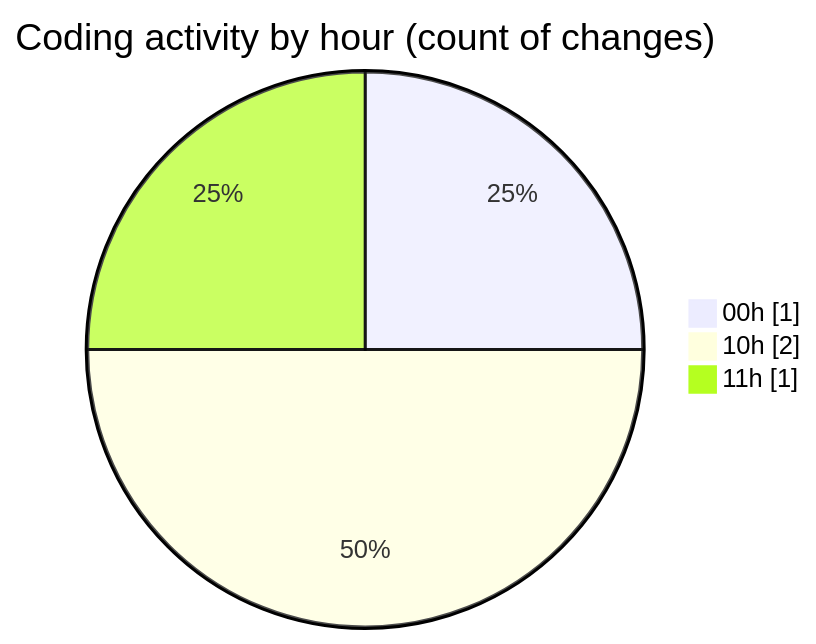
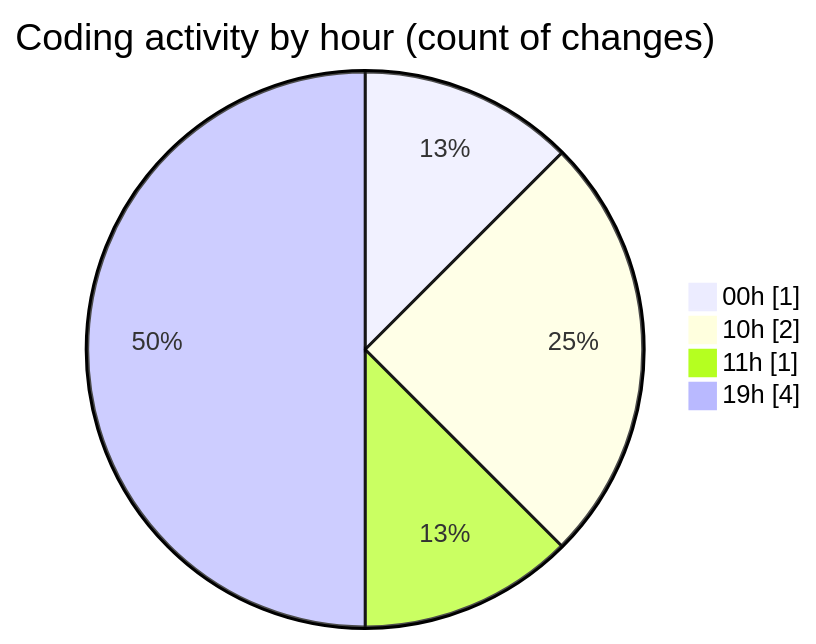
The second of 2 diagrams in 2026-08-10/nxtqube_webapp/README.md (nxtqubesakshisongat/code-tracking), drawn with Mermaid before and after one commit. The commit also changed other lines of this file and 1 other file, not shown here.

````diff
--- a/2026-08-10/nxtqube_webapp/README.md
+++ b/2026-08-10/nxtqube_webapp/README.md
@@ -30,7 +32,8 @@
 ```mermaid
 pie showData
 title Coding activity by hour (count of changes)
 "00h" : 1
 "10h" : 2
 "11h" : 1
+"19h" : 4
 ```
````
